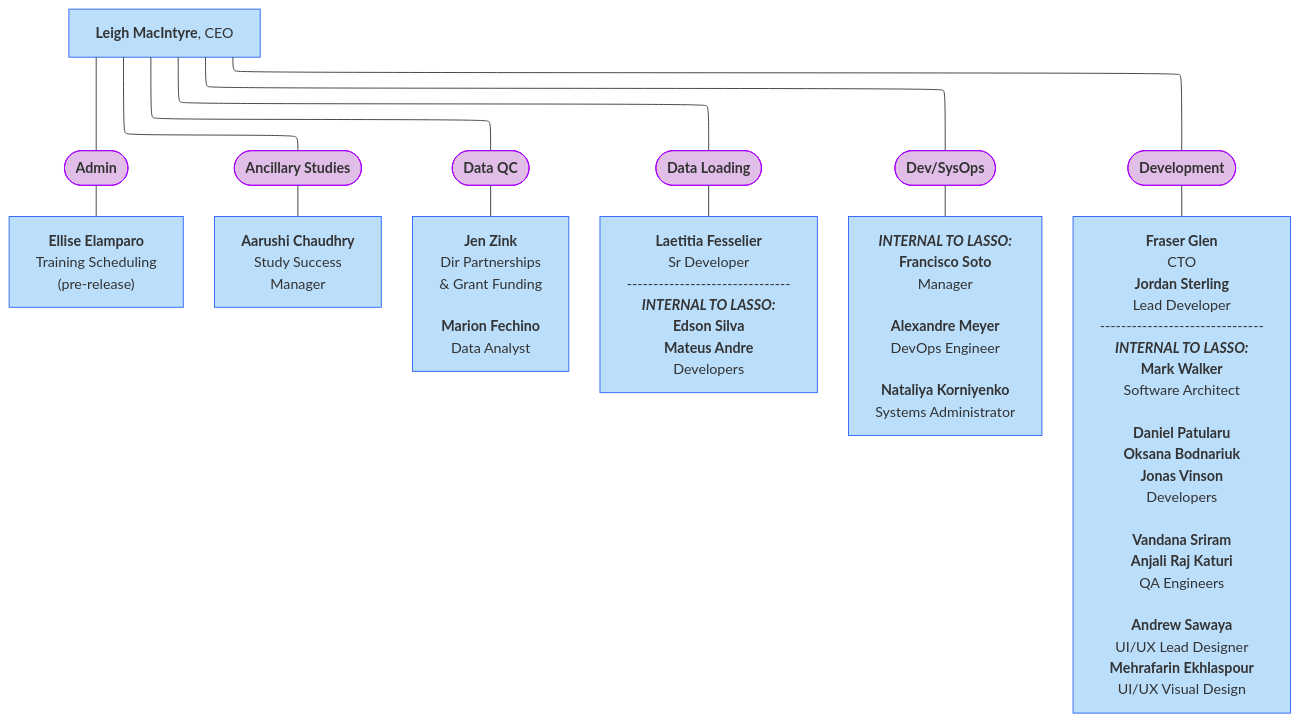
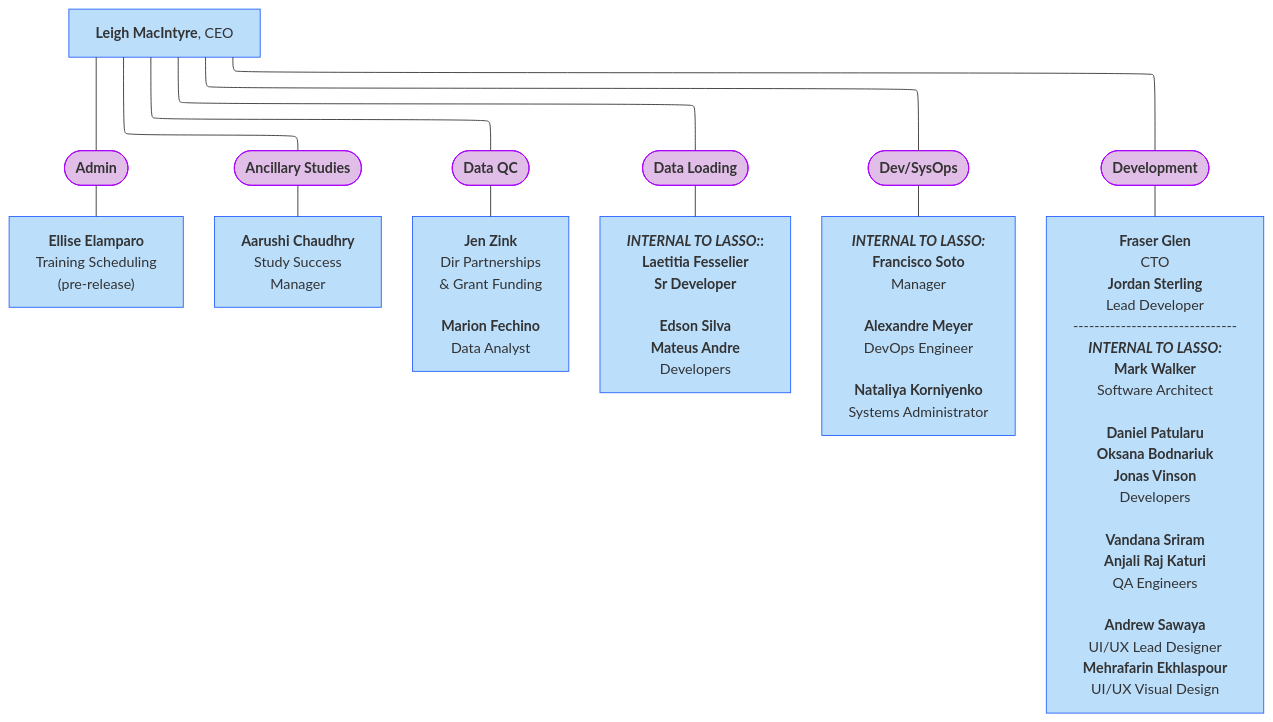
Before and after one commit to DCAN-Labs/hbcd-docs-internal: the fourth of 11 diagrams in docs/orgcharts.md, drawn with Mermaid.

Commit message:
lasso data loading all internal per leigh

````diff
--- a/docs/orgcharts.md
+++ b/docs/orgcharts.md
@@ -182,37 +182,35 @@
 ```mermaid
 ---
 config:
   layout: elk
 ---
 flowchart TB
     B(["<b>Admin</b>"]) --- n5["<b>Ellise Elamparo</b><br>Training Scheduling<br>(pre-release)"]
     n1(["<b>Ancillary Studies</b>"]) --- n6["<b>Aarushi Chaudhry<br></b>Study Success<br>Manager"]
     n2(["<b>Data QC</b>"]) --- n7["<b>Jen Zink<br></b>Dir Partnerships<br>&amp; Grant Funding<br><br><b>Marion Fechino</b><br>Data Analyst"]
-    n4(["<b>Data Loading</b>"]) --- n9["<b>Laetitia Fesselier<br></b>Sr Developer
-    -------------------------------
-    <b><i>INTERNAL TO LASSO:</i>
+    n4(["<b>Data Loading</b>"]) --- n9["<b><i>INTERNAL TO LASSO:</i>:<br><b>Laetitia Fesselier<br></b>Sr Developer<br>
     Edson Silva</b><br><b>Mateus Andre<br></b>Developers"]
     n23(["<b>Dev/SysOps</b>"]) --- n24["<b><i>INTERNAL TO LASSO:</i><br>Francisco Soto</b><br>Manager<br>
     <b>Alexandre Meyer</b><br>DevOps Engineer<br><br><b>Nataliya Korniyenko<br></b>Systems Administrator"]
     n22(["<b>Development</b>"]) --- n26["<b>Fraser Glen<br></b>CTO<br><b>Jordan Sterling<br></b>Lead Developer
     -------------------------------
     <b><i>INTERNAL TO LASSO:</i>
     Mark Walker</b><br>Software Architect<br>
     <b>Daniel Patularu</b><br><b>Oksana Bodnariuk<br>Jonas Vinson<br></b>Developers<br>
     <b>Vandana Sriram</b><br><b>Anjali Raj Katuri<br></b>QA Engineers<br>
     <b>Andrew Sawaya</b><br>UI/UX Lead Designer<br><b>Mehrafarin Ekhlaspour</b><br>UI/UX Visual Design"]
     A["<b>Leigh MacIntyre</b>, CEO"] --- n22 & n23 & n2 & B & n4 & n1
     style B fill:#E1BEE7,stroke:#AA00FF
     style n5 fill:#BBDEFB,stroke:#2962FF
     style n1 fill:#E1BEE7,stroke:#AA00FF
     style n6 fill:#BBDEFB,stroke:#2962FF
     style n2 fill:#E1BEE7,stroke:#AA00FF
     style n7 fill:#BBDEFB,stroke:#2962FF
     style n4 fill:#E1BEE7,stroke:#AA00FF
     style n9 fill:#BBDEFB,stroke:#2962FF
     style n23 fill:#E1BEE7,stroke:#AA00FF
     style n24 fill:#BBDEFB,stroke:#2962FF
     style n22 fill:#E1BEE7,stroke:#AA00FF
     style n26 fill:#BBDEFB,stroke:#2962FF
     style A fill:#BBDEFB,stroke:#2962FF
 ```
````
